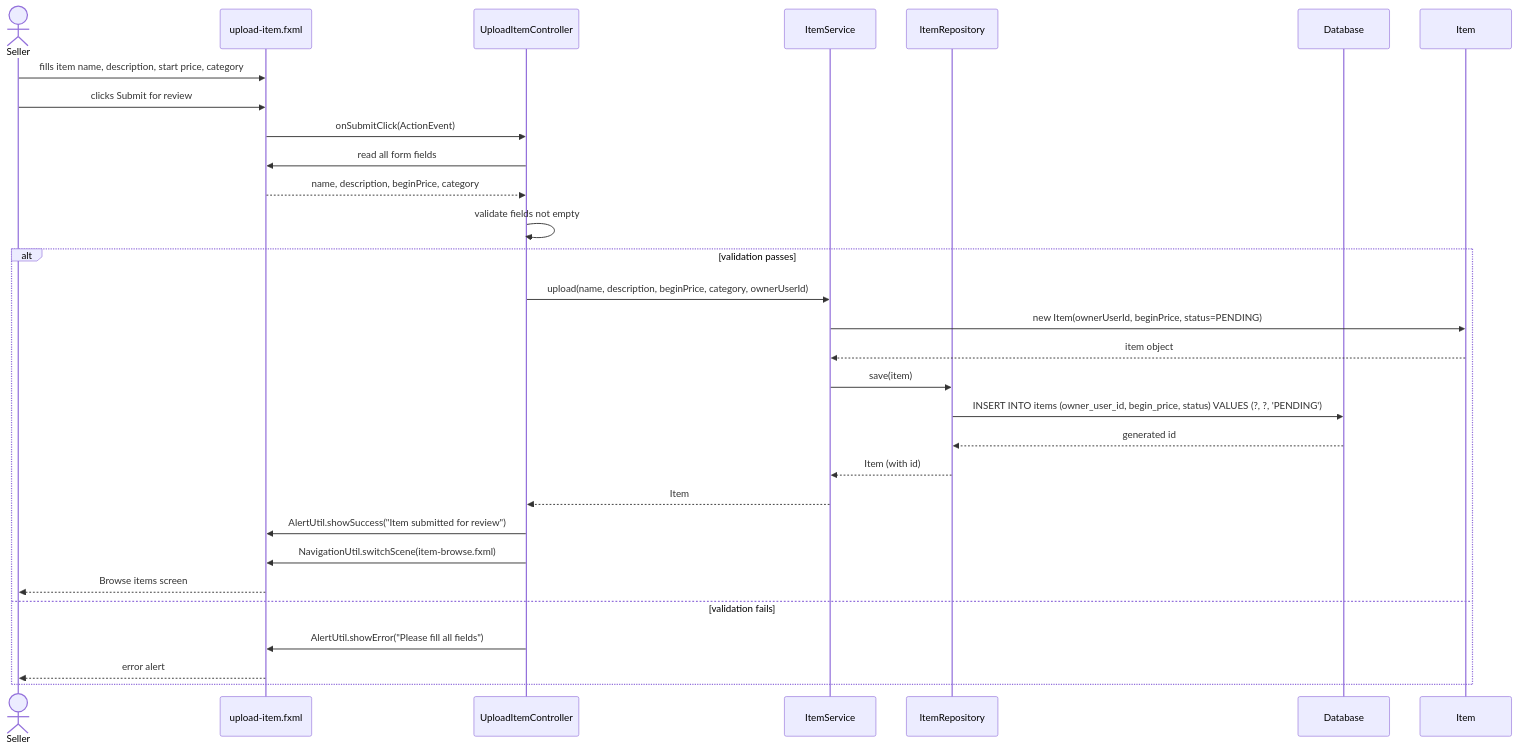
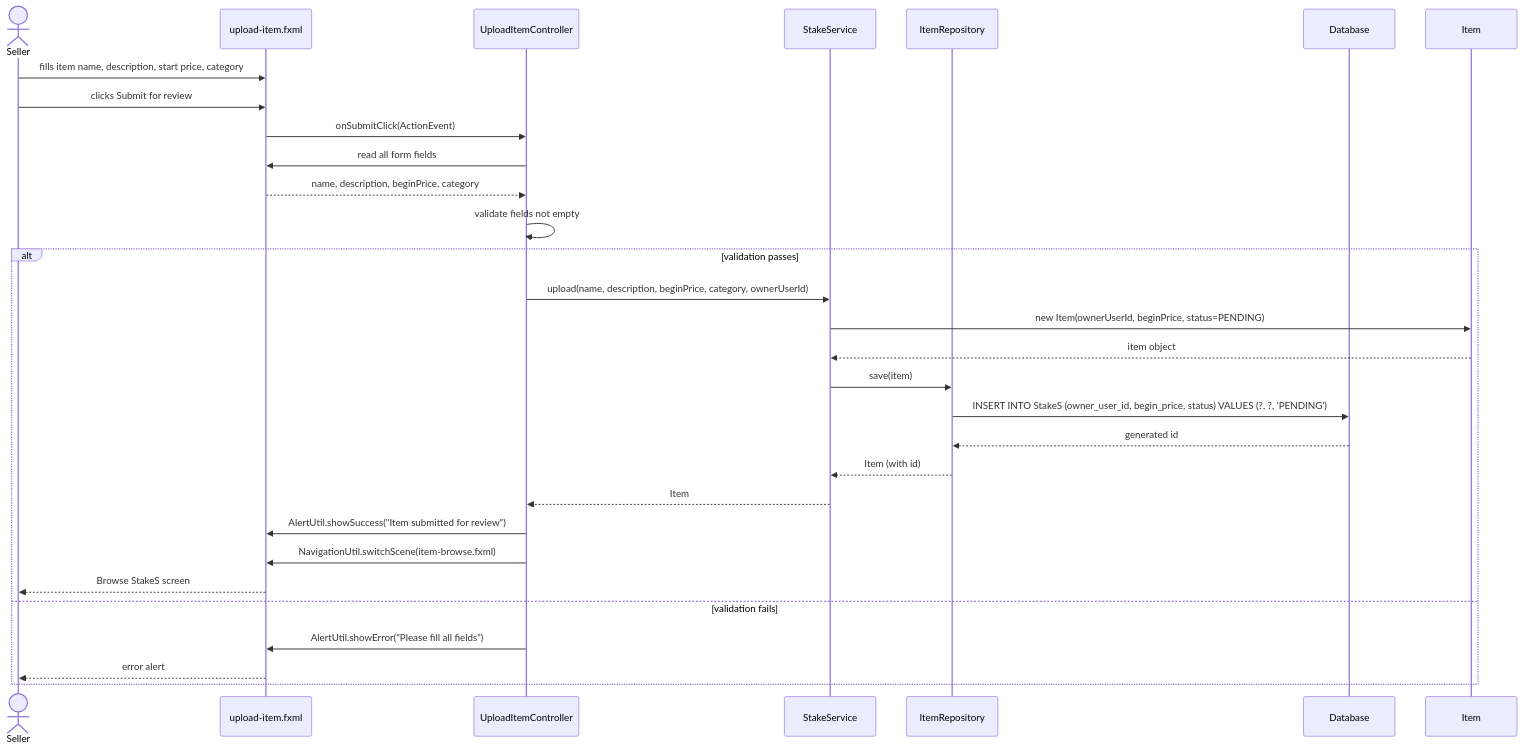
Before and after one commit to dung581/HeThongDauGia: the third of 16 diagrams in docs/SEQUENCE_DIAGRAMS.md, drawn with Mermaid. The commit also changed other lines of this file and 26 other files, not shown here.

Commit message:
itemService (#22)

````diff
--- a/docs/SEQUENCE_DIAGRAMS.md
+++ b/docs/SEQUENCE_DIAGRAMS.md
@@ -137,39 +137,39 @@
 ```mermaid
 sequenceDiagram
     actor Seller
     participant View as upload-item.fxml
     participant Controller as UploadItemController
-    participant Service as ItemService
+    participant Service as StakeService
     participant Repo as ItemRepository
     participant DB as Database
     participant Entity as Item
 
     Seller->>View: fills item name, description, start price, category
     Seller->>View: clicks Submit for review
 
     View->>Controller: onSubmitClick(ActionEvent)
     Controller->>View: read all form fields
     View-->>Controller: name, description, beginPrice, category
 
     Controller->>Controller: validate fields not empty
 
     alt validation passes
         Controller->>Service: upload(name, description, beginPrice, category, ownerUserId)
 
         Service->>Entity: new Item(ownerUserId, beginPrice, status=PENDING)
         Entity-->>Service: item object
 
         Service->>Repo: save(item)
-        Repo->>DB: INSERT INTO items (owner_user_id, begin_price, status) VALUES (?, ?, 'PENDING')
+        Repo->>DB: INSERT INTO StakeS (owner_user_id, begin_price, status) VALUES (?, ?, 'PENDING')
         DB-->>Repo: generated id
         Repo-->>Service: Item (with id)
 
         Service-->>Controller: Item
         Controller->>View: AlertUtil.showSuccess("Item submitted for review")
         Controller->>View: NavigationUtil.switchScene(item-browse.fxml)
-        View-->>Seller: Browse items screen
+        View-->>Seller: Browse StakeS screen
     else validation fails
         Controller->>View: AlertUtil.showError("Please fill all fields")
         View-->>Seller: error alert
     end
 ```
````
